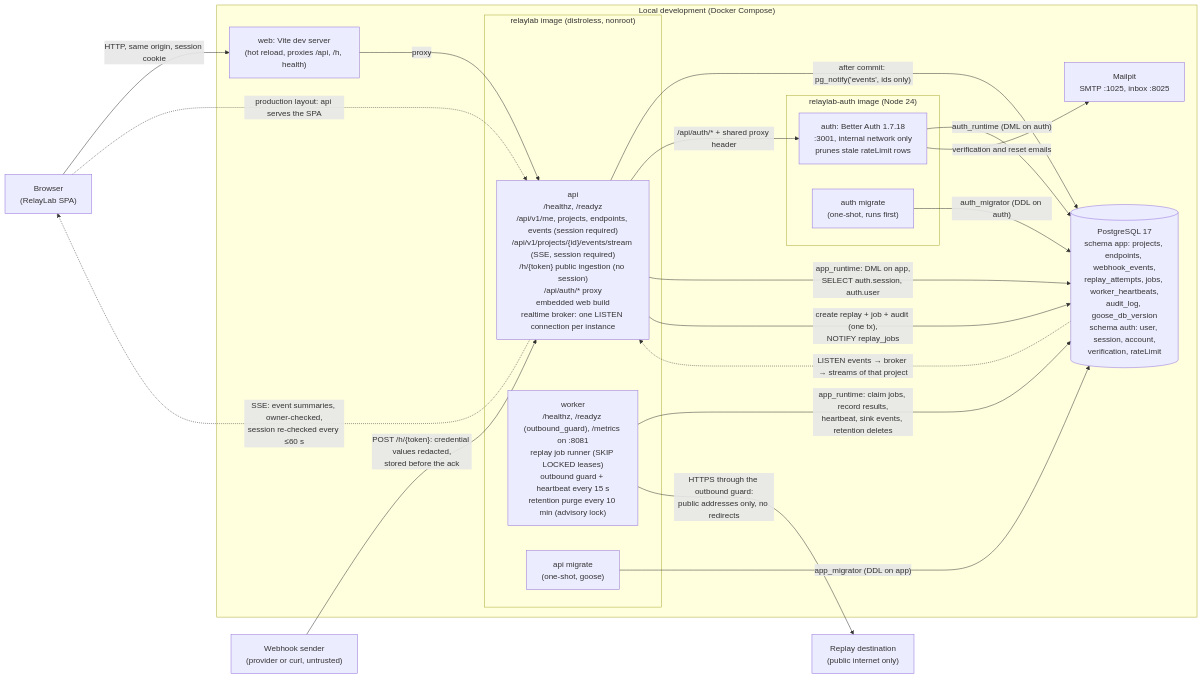
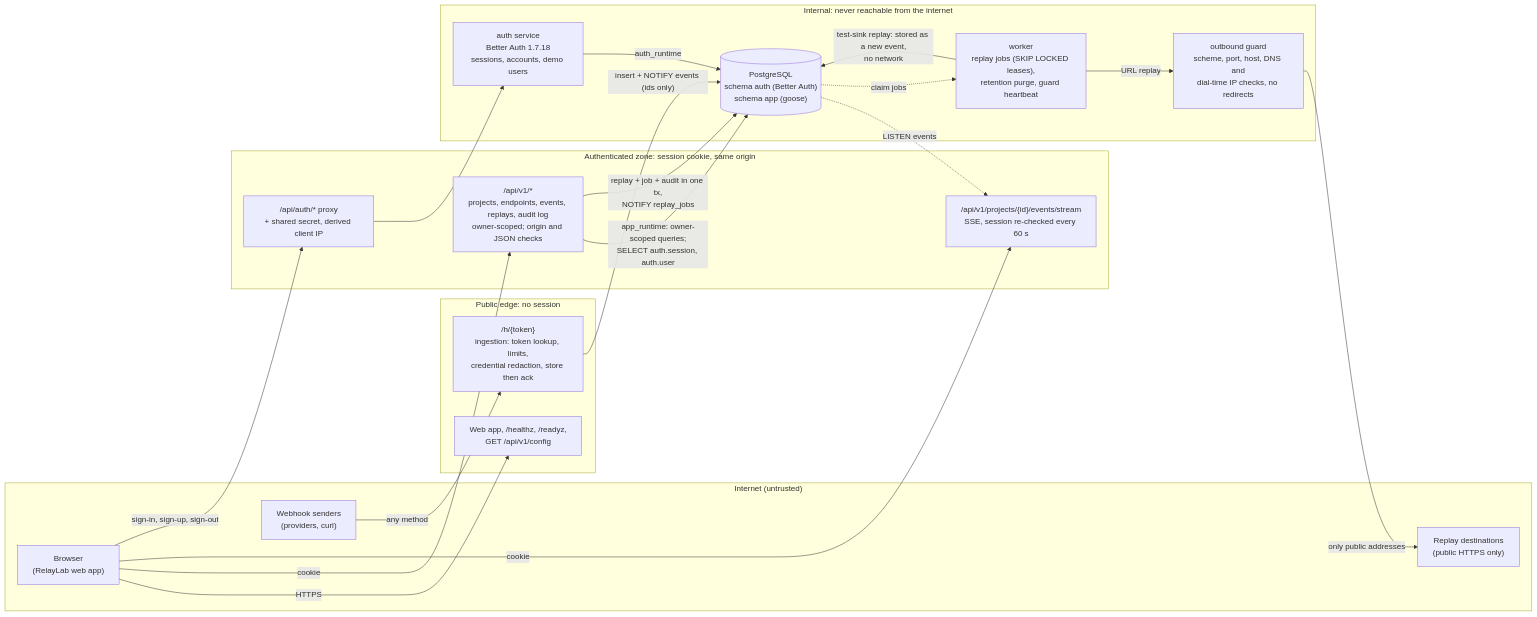
One commit to yasineh/relaylab-app changed the first of 3 diagrams in docs/architecture/overview.md. Above: the diagram before and after it, drawn with Mermaid. The commit also changed other lines of this file and 2 other files, not shown here.

Commit message:
Architecture overview with trust zones and inbound/replay sequence diagrams, auth sign-in sequence, and a Mermaid render check (add-project-documentation tasks 3.4, 4.1)

````diff
--- a/docs/architecture/overview.md
+++ b/docs/architecture/overview.md
@@ -6,38 +11,42 @@
 ```mermaid
 flowchart LR
-  browser["Browser<br/>(RelayLab SPA)"]
-  sender["Webhook sender<br/>(provider or curl, untrusted)"]
-
-  subgraph dev["Local development (Docker Compose)"]
-    vite["web: Vite dev server<br/>(hot reload, proxies /api, /h, health)"]
-    subgraph image["relaylab image (distroless, nonroot)"]
-      api["api<br/>/healthz, /readyz<br/>/api/v1/me, projects, endpoints, events (session required)<br/>/api/v1/projects/{id}/events/stream (SSE, session required)<br/>/h/{token} public ingestion (no session)<br/>/api/auth/* proxy<br/>embedded web build<br/>realtime broker: one LISTEN connection per instance"]
-      worker["worker<br/>/healthz, /readyz (outbound_guard), /metrics on :8081<br/>replay job runner (SKIP LOCKED leases)<br/>outbound guard + heartbeat every 15 s<br/>retention purge every 10 min (advisory lock)"]
-      migrate["api migrate<br/>(one-shot, goose)"]
-    end
-    subgraph authimg["relaylab-auth image (Node 24)"]
-      auth["auth: Better Auth 1.7.18<br/>:3001, internal network only<br/>prunes stale rateLimit rows"]
-      authmigrate["auth migrate<br/>(one-shot, runs first)"]
-    end
-    pg[("PostgreSQL 17<br/>schema app: projects, endpoints, webhook_events,<br/>replay_attempts, jobs, worker_heartbeats,<br/>audit_log, goose_db_version<br/>schema auth: user, session, account,<br/>verification, rateLimit")]
-    mailpit["Mailpit<br/>SMTP :1025, inbox :8025"]
+  subgraph internet["Internet (untrusted)"]
+    sender["Webhook senders<br/>(providers, curl)"]
+    browser["Browser<br/>(RelayLab web app)"]
+    dest["Replay destinations<br/>(public HTTPS only)"]
   end
 
-  sender -->|"POST /h/{token}: credential values redacted,<br/>stored before the ack"| api
-  api -->|"after commit: pg_notify('events', ids only)"| pg
-  pg -.->|"LISTEN events → broker → streams of that project"| api
-  api -.->|"SSE: event summaries, owner-checked,<br/>session re-checked every ≤60 s"| browser
-  browser -->|"HTTP, same origin, session cookie"| vite
-  vite -->|"proxy"| api
-  browser -.->|"production layout: api serves the SPA"| api
-  api -->|"/api/auth/* + shared proxy header"| auth
-  api -->|"app_runtime: DML on app,<br/>SELECT auth.session, auth.user"| pg
-  worker -->|"app_runtime: claim jobs, record results,<br/>heartbeat, sink events, retention deletes"| pg
-  api -->|"create replay + job + audit (one tx),<br/>NOTIFY replay_jobs"| pg
-  dest["Replay destination<br/>(public internet only)"]
-  worker -->|"HTTPS through the outbound guard:<br/>public addresses only, no redirects"| dest
-  migrate -->|"app_migrator (DDL on app)"| pg
-  auth -->|"auth_runtime (DML on auth)"| pg
-  authmigrate -->|"auth_migrator (DDL on auth)"| pg
-  auth -->|"verification and reset emails"| mailpit
+  subgraph edge["Public edge: no session"]
+    ingest["/h/{token}<br/>ingestion: token lookup, limits,<br/>credential redaction, store then ack"]
+    static["Web app, /healthz, /readyz,<br/>GET /api/v1/config"]
+  end
+
+  subgraph authn["Authenticated zone: session cookie, same origin"]
+    v1["/api/v1/*<br/>projects, endpoints, events, replays, audit log<br/>owner-scoped; origin and JSON checks"]
+    sse["/api/v1/projects/{id}/events/stream<br/>SSE, session re-checked every 60 s"]
+    proxy["/api/auth/* proxy<br/>+ shared secret, derived client IP"]
+  end
+
+  subgraph internal["Internal: never reachable from the internet"]
+    auth["auth service<br/>Better Auth 1.7.18<br/>sessions, accounts, demo users"]
+    worker["worker<br/>replay jobs (SKIP LOCKED leases),<br/>retention purge, guard heartbeat"]
+    guard["outbound guard<br/>scheme, port, host, DNS and<br/>dial-time IP checks, no redirects"]
+    pg[("PostgreSQL<br/>schema auth (Better Auth)<br/>schema app (goose)")]
+  end
+
+  sender -->|"any method"| ingest
+  browser -->|"HTTPS"| static
+  browser -->|"cookie"| v1
+  browser -->|"cookie"| sse
+  browser -->|"sign-in, sign-up, sign-out"| proxy
+  proxy --> auth
+  ingest -->|"insert + NOTIFY events (ids only)"| pg
+  v1 -->|"app_runtime: owner-scoped queries;<br/>SELECT auth.session, auth.user"| pg
+  pg -.->|"LISTEN events"| sse
+  v1 -->|"replay + job + audit in one tx,<br/>NOTIFY replay_jobs"| pg
+  pg -.->|"claim jobs"| worker
+  worker -->|"URL replay"| guard
+  guard -->|"only public addresses"| dest
+  worker -->|"test-sink replay: stored as a new event,<br/>no network"| pg
+  auth -->|"auth_runtime"| pg
 ```
````
